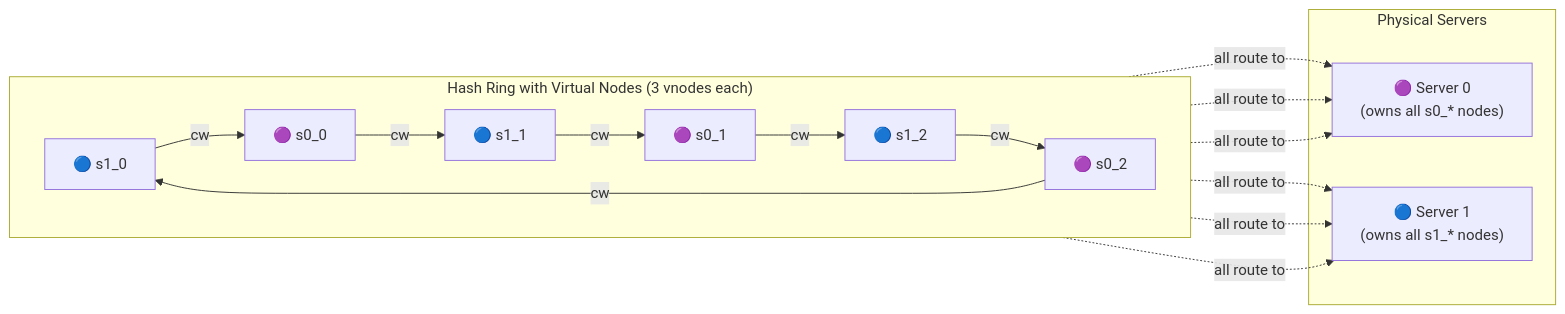
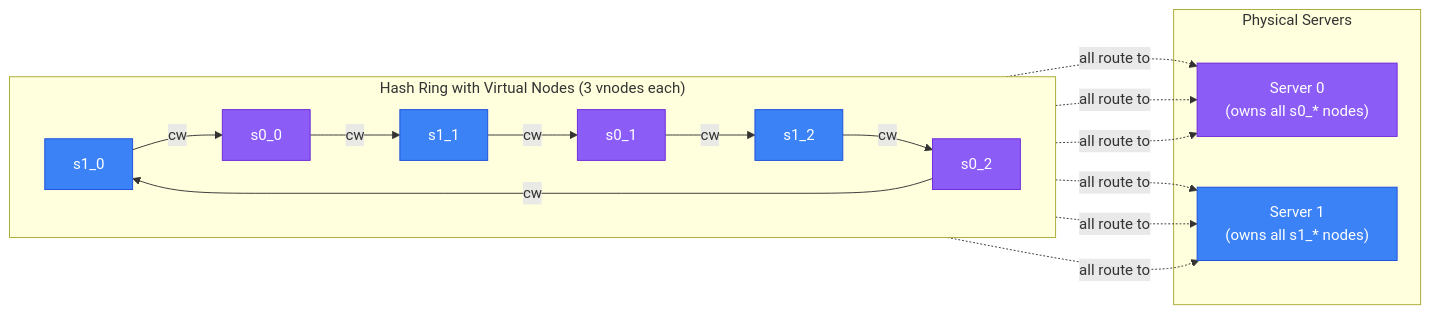
Before and after one commit to devops-monk/system-design-blog: diagram 11 of 23 in content/posts/2026/design-consistent-hashing.md, drawn with Mermaid. The commit also changed other lines of this file and 5 other files, not shown here.

````diff
--- a/content/posts/2026/design-consistent-hashing.md
+++ b/content/posts/2026/design-consistent-hashing.md
@@ -386,22 +418,30 @@
 ```mermaid
 graph LR
     subgraph VNODE_RING["Hash Ring with Virtual Nodes (3 vnodes each)"]
         direction LR
-        S1_0["🔵 s1_0"]
-        S0_0["🟣 s0_0"]
-        S1_1["🔵 s1_1"]
-        S0_1["🟣 s0_1"]
-        S1_2["🔵 s1_2"]
-        S0_2["🟣 s0_2"]
+        S1_0["s1_0"]
+        S0_0["s0_0"]
+        S1_1["s1_1"]
+        S0_1["s0_1"]
+        S1_2["s1_2"]
+        S0_2["s0_2"]
 
         S1_0 -->|cw| S0_0 -->|cw| S1_1 -->|cw| S0_1 -->|cw| S1_2 -->|cw| S0_2 -->|cw| S1_0
     end
 
     subgraph PHYSICAL["Physical Servers"]
-        P0["🟣 Server 0\n(owns all s0_* nodes)"]
-        P1["🔵 Server 1\n(owns all s1_* nodes)"]
+        P0["Server 0\n(owns all s0_* nodes)"]
+        P1["Server 1\n(owns all s1_* nodes)"]
     end
 
     S0_0 & S0_1 & S0_2 -.->|"all route to"| P0
     S1_0 & S1_1 & S1_2 -.->|"all route to"| P1
+    style S0_0 fill:#8B5CF6,stroke:#6D28D9,color:#fff
+    style S0_1 fill:#8B5CF6,stroke:#6D28D9,color:#fff
+    style S0_2 fill:#8B5CF6,stroke:#6D28D9,color:#fff
+    style P0 fill:#8B5CF6,stroke:#6D28D9,color:#fff
+    style S1_0 fill:#3B82F6,stroke:#1D4ED8,color:#fff
+    style S1_1 fill:#3B82F6,stroke:#1D4ED8,color:#fff
+    style S1_2 fill:#3B82F6,stroke:#1D4ED8,color:#fff
+    style P1 fill:#3B82F6,stroke:#1D4ED8,color:#fff
 ```
````
